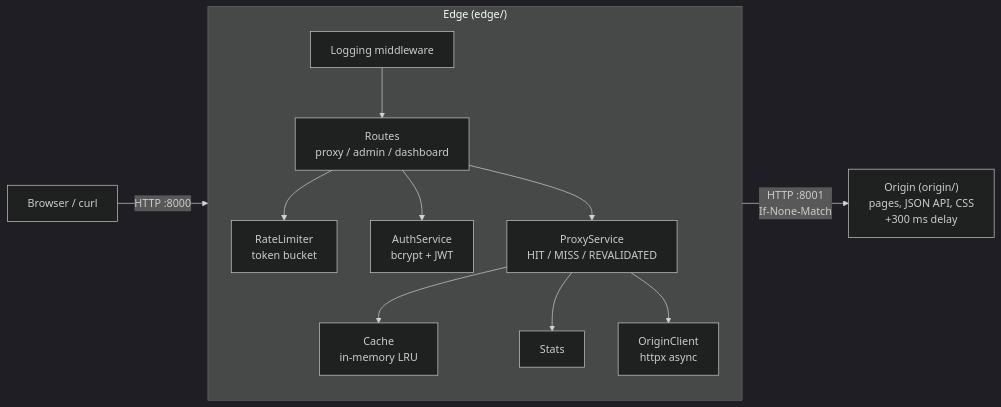
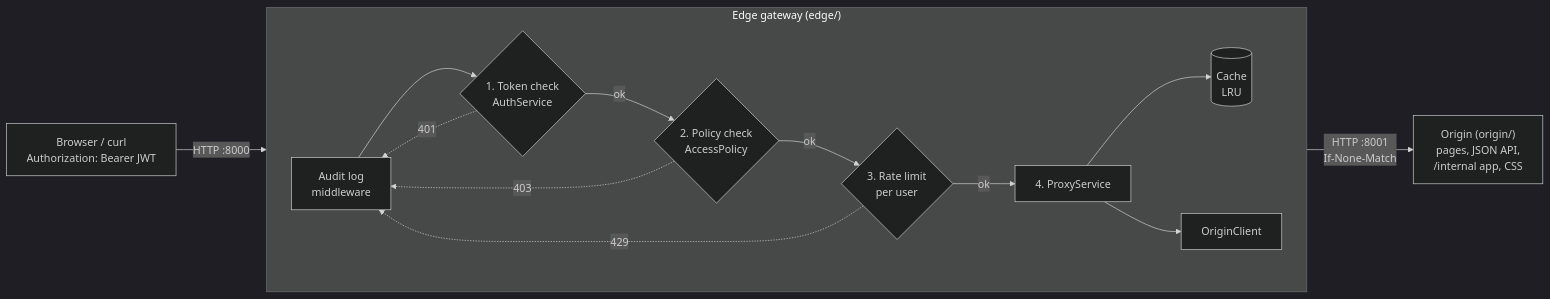
Before and after one commit to harshtandon6062/mini-cdn: the diagram in README.md, drawn with Mermaid (dark theme). The commit also changed other lines of this file and 23 other files, not shown here.

First line of the commit message:
Zero-trust access gateway on top of the CDN edge

````diff
--- a/README.md
+++ b/README.md
@@ -13,17 +15,19 @@
 ```mermaid
 flowchart LR
-    U[Browser / curl] -->|HTTP :8000| R
+    U[Browser / curl<br/>Authorization: Bearer JWT] -->|HTTP :8000| M
 
-    subgraph EDGE["Edge (edge/)"]
-        direction TB
-        M[Logging middleware] --> R[Routes<br/>proxy / admin / dashboard]
-        R --> RL[RateLimiter<br/>token bucket]
-        R --> AU[AuthService<br/>bcrypt + JWT]
-        R --> PS[ProxyService<br/>HIT / MISS / REVALIDATED]
-        PS --> C[Cache<br/>in-memory LRU]
-        PS --> ST[Stats]
-        PS --> OC[OriginClient<br/>httpx async]
+    subgraph EDGE["Edge gateway (edge/)"]
+        direction LR
+        M[Audit log<br/>middleware] --> A{1. Token check<br/>AuthService}
+        A -->|ok| P{2. Policy check<br/>AccessPolicy}
+        P -->|ok| RL{3. Rate limit<br/>per user}
+        RL -->|ok| PS[4. ProxyService]
+        PS --> C[(Cache<br/>LRU)]
+        PS --> OC[OriginClient]
+        A -.->|401| M
+        P -.->|403| M
+        RL -.->|429| M
     end
 
-    OC -->|HTTP :8001<br/>If-None-Match| O["Origin (origin/)<br/>pages, JSON API, CSS<br/>+300 ms delay"]
+    OC -->|HTTP :8001<br/>If-None-Match| O["Origin (origin/)<br/>pages, JSON API,<br/>/internal app, CSS"]
 ```
````
